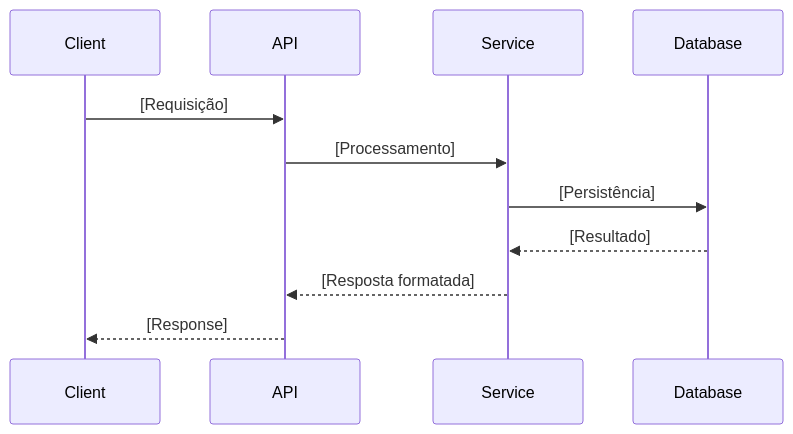
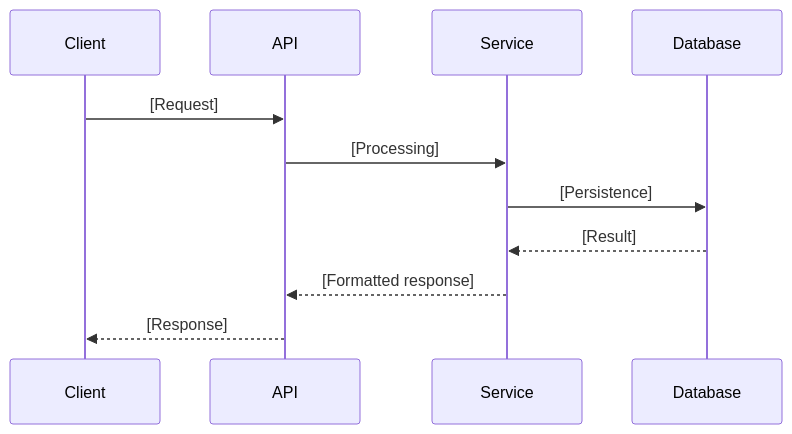
One commit to MarcosVeniciu/antigravity-agentic-workflows changed the first of 2 diagrams in templates/template_artefatos.md. Above: the diagram before and after it, drawn with Mermaid. The commit also changed other lines of this file and 13 other files, not shown here.

````diff
--- a/templates/template_artefatos.md
+++ b/templates/template_artefatos.md
@@ -33,14 +33,14 @@
 ```mermaid
 sequenceDiagram
     participant Client
     participant API
     participant Service
     participant Database
     
-    Client->>API: [Requisição]
-    API->>Service: [Processamento]
-    Service->>Database: [Persistência]
-    Database-->>Service: [Resultado]
-    Service-->>API: [Resposta formatada]
+    Client->>API: [Request]
+    API->>Service: [Processing]
+    Service->>Database: [Persistence]
+    Database-->>Service: [Result]
+    Service-->>API: [Formatted response]
     API-->>Client: [Response]
 ```
````
